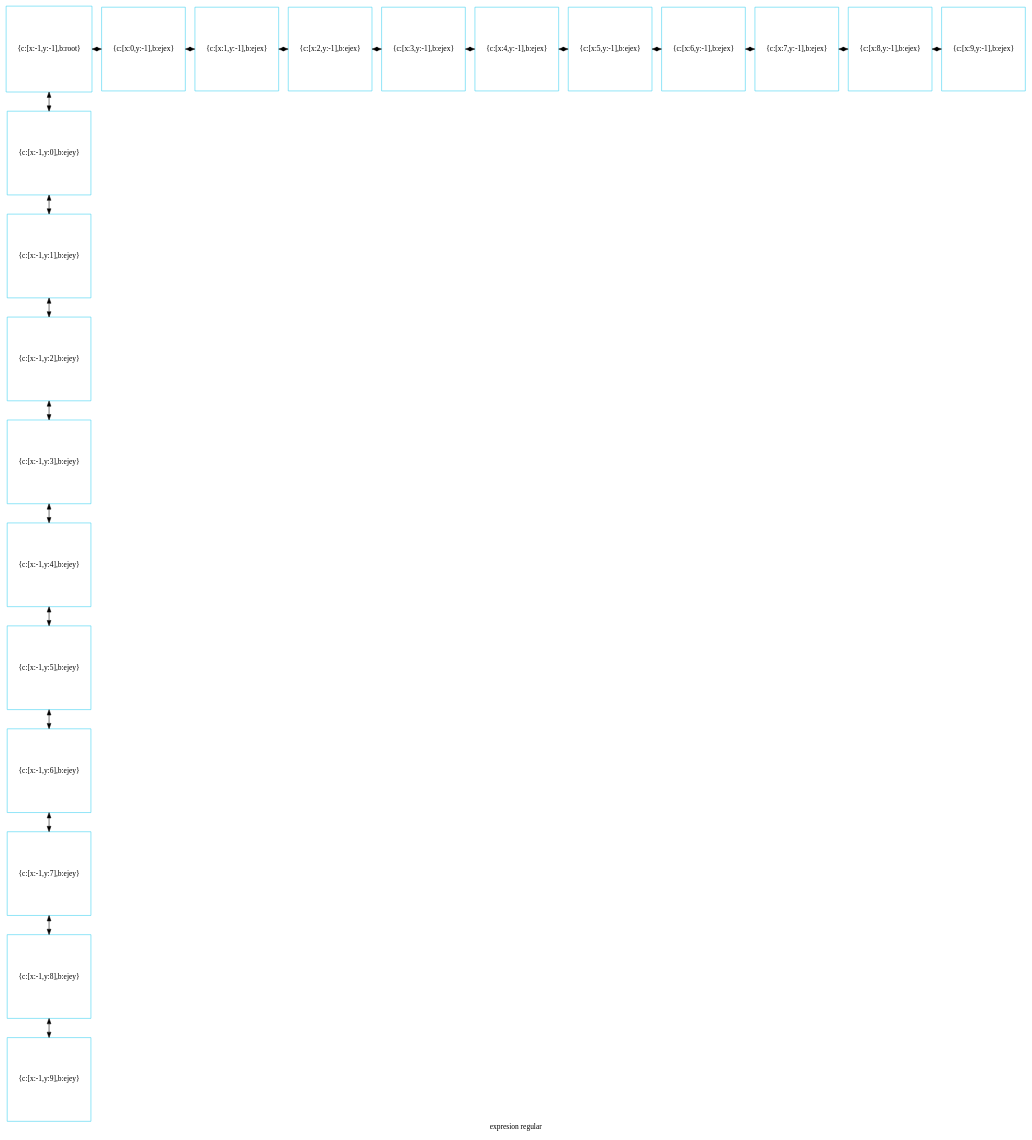
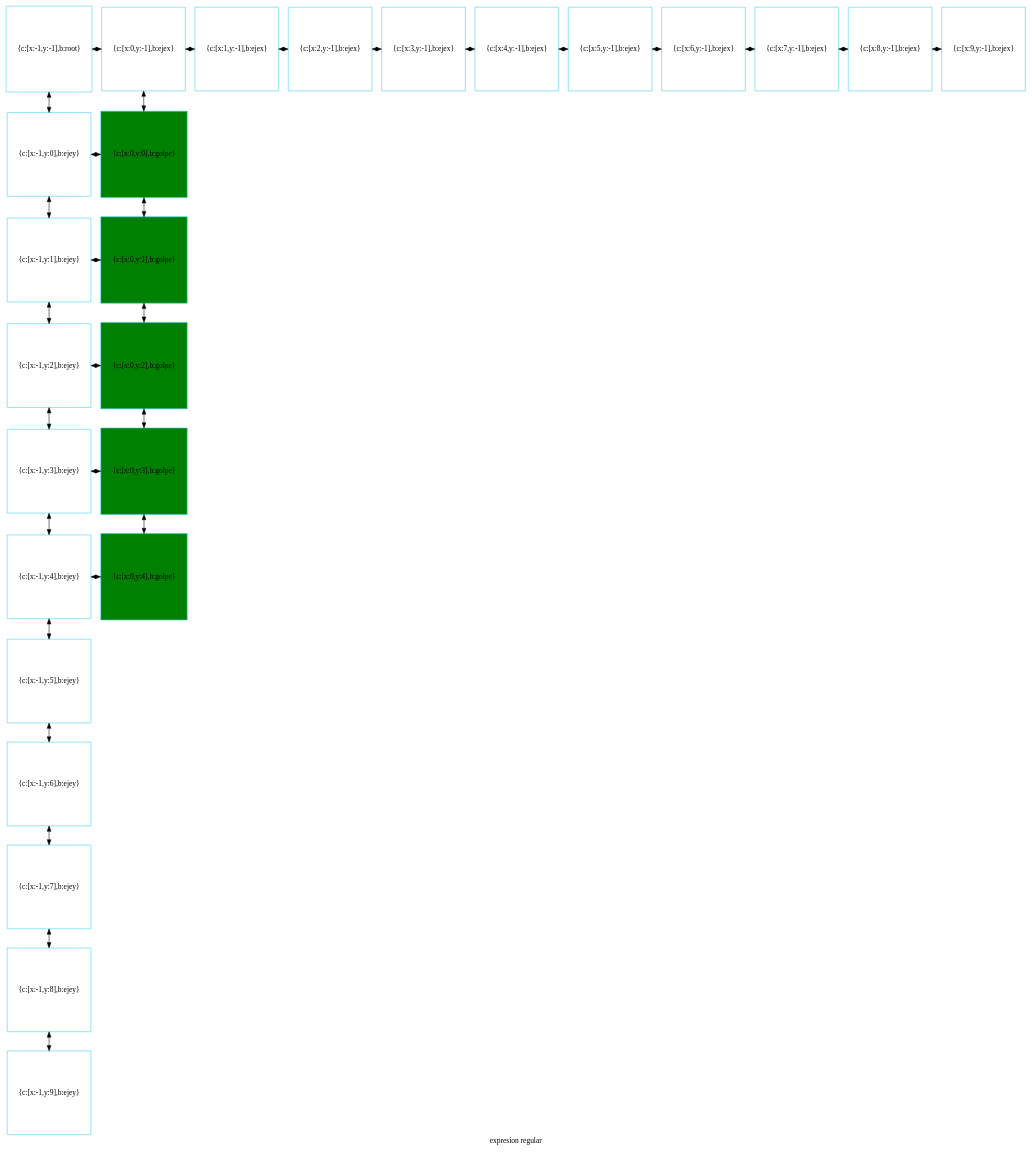
The diagram in disp_compu.dot (betebetoven/EDDS2F2), drawn with Graphviz before and after one commit. The commit also changed 23 other files, not shown here.

```diff
--- a/disp_compu.dot
+++ b/disp_compu.dot
@@ -1,61 +1,76 @@
 digraph G
 {label="expresion regular"
         node[shape = square]
         node[style = filled]
         node[fillcolor = "#EEEEE"]
         node[color = "#EEEEE"]
         node[color = "#31CEF0"]
 
-101351531712[label="{c:[x:-1,y:-1],b:root}",fillcolor = "white"]
-101351531856[label="{c:[x:0,y:-1],b:ejex}",fillcolor = "white"]
-101351532000[label="{c:[x:1,y:-1],b:ejex}",fillcolor = "white"]
-101351532144[label="{c:[x:2,y:-1],b:ejex}",fillcolor = "white"]
-101351532288[label="{c:[x:3,y:-1],b:ejex}",fillcolor = "white"]
-101351532432[label="{c:[x:4,y:-1],b:ejex}",fillcolor = "white"]
-101351532576[label="{c:[x:5,y:-1],b:ejex}",fillcolor = "white"]
-101351532720[label="{c:[x:6,y:-1],b:ejex}",fillcolor = "white"]
-101351532864[label="{c:[x:7,y:-1],b:ejex}",fillcolor = "white"]
-101351533008[label="{c:[x:8,y:-1],b:ejex}",fillcolor = "white"]
-101351533152[label="{c:[x:9,y:-1],b:ejex}",fillcolor = "white"]
-101351533296[label="{c:[x:-1,y:0],b:ejey}",fillcolor = "white"]
-101351533440[label="{c:[x:-1,y:1],b:ejey}",fillcolor = "white"]
-101351533584[label="{c:[x:-1,y:2],b:ejey}",fillcolor = "white"]
-101351533728[label="{c:[x:-1,y:3],b:ejey}",fillcolor = "white"]
-101351533872[label="{c:[x:-1,y:4],b:ejey}",fillcolor = "white"]
-101351534016[label="{c:[x:-1,y:5],b:ejey}",fillcolor = "white"]
-101351534160[label="{c:[x:-1,y:6],b:ejey}",fillcolor = "white"]
-101351534304[label="{c:[x:-1,y:7],b:ejey}",fillcolor = "white"]
-101351534448[label="{c:[x:-1,y:8],b:ejey}",fillcolor = "white"]
-101351542848[label="{c:[x:-1,y:9],b:ejey}",fillcolor = "white"]
-101351531712->101351533296[dir = both];
-101351533296->101351533440[dir = both];
-101351533440->101351533584[dir = both];
-101351533584->101351533728[dir = both];
-101351533728->101351533872[dir = both];
-101351533872->101351534016[dir = both];
-101351534016->101351534160[dir = both];
-101351534160->101351534304[dir = both];
-101351534304->101351534448[dir = both];
-101351534448->101351542848[dir = both];
-101351531712->101351531856[dir = both];
-101351531856->101351532000[dir = both];
-101351532000->101351532144[dir = both];
-101351532144->101351532288[dir = both];
-101351532288->101351532432[dir = both];
-101351532432->101351532576[dir = both];
-101351532576->101351532720[dir = both];
-101351532720->101351532864[dir = both];
-101351532864->101351533008[dir = both];
-101351533008->101351533152[dir = both];
- {rank=same; 101351531712;101351531856;101351532000;101351532144;101351532288;101351532432;101351532576;101351532720;101351532864;101351533008;101351533152;}
- {rank=same; 101351533296;}
- {rank=same; 101351533440;}
- {rank=same; 101351533584;}
- {rank=same; 101351533728;}
- {rank=same; 101351533872;}
- {rank=same; 101351534016;}
- {rank=same; 101351534160;}
- {rank=same; 101351534304;}
- {rank=same; 101351534448;}
- {rank=same; 101351542848;}
+2029352008912[label="{c:[x:-1,y:-1],b:root}",fillcolor = "white"]
+2029352009056[label="{c:[x:0,y:-1],b:ejex}",fillcolor = "white"]
+2029352009200[label="{c:[x:1,y:-1],b:ejex}",fillcolor = "white"]
+2029352009344[label="{c:[x:2,y:-1],b:ejex}",fillcolor = "white"]
+2029352009488[label="{c:[x:3,y:-1],b:ejex}",fillcolor = "white"]
+2029352009632[label="{c:[x:4,y:-1],b:ejex}",fillcolor = "white"]
+2027290001520[label="{c:[x:5,y:-1],b:ejex}",fillcolor = "white"]
+2027290001664[label="{c:[x:6,y:-1],b:ejex}",fillcolor = "white"]
+2027290001808[label="{c:[x:7,y:-1],b:ejex}",fillcolor = "white"]
+2027290001952[label="{c:[x:8,y:-1],b:ejex}",fillcolor = "white"]
+2027290002096[label="{c:[x:9,y:-1],b:ejex}",fillcolor = "white"]
+2027290002240[label="{c:[x:-1,y:0],b:ejey}",fillcolor = "white"]
+2027290011072[label="{c:[x:0,y:0],b:golpe}",fillcolor = "green"]
+2027290002384[label="{c:[x:-1,y:1],b:ejey}",fillcolor = "white"]
+2027290011408[label="{c:[x:0,y:1],b:golpe}",fillcolor = "green"]
+2027290002528[label="{c:[x:-1,y:2],b:ejey}",fillcolor = "white"]
+2027290009392[label="{c:[x:0,y:2],b:golpe}",fillcolor = "green"]
+2027290002672[label="{c:[x:-1,y:3],b:ejey}",fillcolor = "white"]
+2027290009728[label="{c:[x:0,y:3],b:golpe}",fillcolor = "green"]
+2027290002816[label="{c:[x:-1,y:4],b:ejey}",fillcolor = "white"]
+2027290010064[label="{c:[x:0,y:4],b:golpe}",fillcolor = "green"]
+2027290002960[label="{c:[x:-1,y:5],b:ejey}",fillcolor = "white"]
+2027290003104[label="{c:[x:-1,y:6],b:ejey}",fillcolor = "white"]
+2027290003248[label="{c:[x:-1,y:7],b:ejey}",fillcolor = "white"]
+2027290003392[label="{c:[x:-1,y:8],b:ejey}",fillcolor = "white"]
+2027290003536[label="{c:[x:-1,y:9],b:ejey}",fillcolor = "white"]
+2029352008912->2027290002240[dir = both];
+2027290002240->2027290002384[dir = both];
+2027290002384->2027290002528[dir = both];
+2027290002528->2027290002672[dir = both];
+2027290002672->2027290002816[dir = both];
+2027290002816->2027290002960[dir = both];
+2027290002960->2027290003104[dir = both];
+2027290003104->2027290003248[dir = both];
+2027290003248->2027290003392[dir = both];
+2027290003392->2027290003536[dir = both];
+2029352009056->2027290011072[dir = both];
+2027290011072->2027290011408[dir = both];
+2027290011408->2027290009392[dir = both];
+2027290009392->2027290009728[dir = both];
+2027290009728->2027290010064[dir = both];
+2029352008912->2029352009056[dir = both];
+2029352009056->2029352009200[dir = both];
+2029352009200->2029352009344[dir = both];
+2029352009344->2029352009488[dir = both];
+2029352009488->2029352009632[dir = both];
+2029352009632->2027290001520[dir = both];
+2027290001520->2027290001664[dir = both];
+2027290001664->2027290001808[dir = both];
+2027290001808->2027290001952[dir = both];
+2027290001952->2027290002096[dir = both];
+2027290002240->2027290011072[constraint=false,dir = both];
+2027290002384->2027290011408[constraint=false,dir = both];
+2027290002528->2027290009392[constraint=false,dir = both];
+2027290002672->2027290009728[constraint=false,dir = both];
+2027290002816->2027290010064[constraint=false,dir = both];
+ {rank=same; 2029352008912;2029352009056;2029352009200;2029352009344;2029352009488;2029352009632;2027290001520;2027290001664;2027290001808;2027290001952;2027290002096;}
+ {rank=same; 2027290002240;2027290011072;}
+ {rank=same; 2027290002384;2027290011408;}
+ {rank=same; 2027290002528;2027290009392;}
+ {rank=same; 2027290002672;2027290009728;}
+ {rank=same; 2027290002816;2027290010064;}
+ {rank=same; 2027290002960;}
+ {rank=same; 2027290003104;}
+ {rank=same; 2027290003248;}
+ {rank=same; 2027290003392;}
+ {rank=same; 2027290003536;}
 }
```
